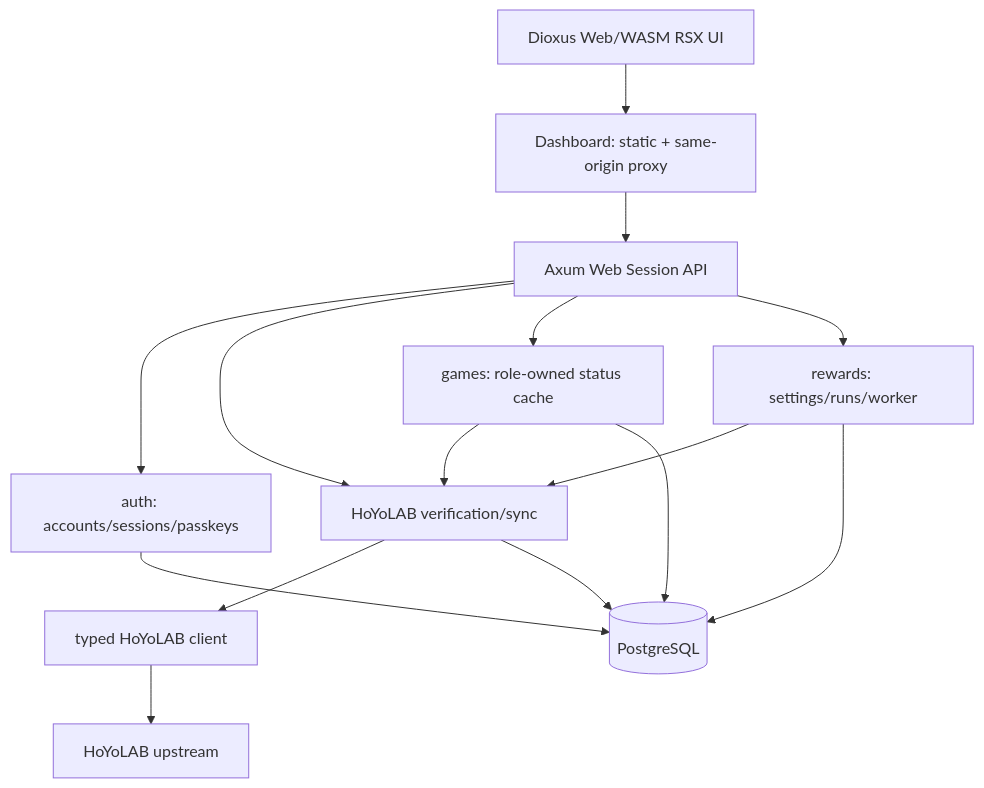
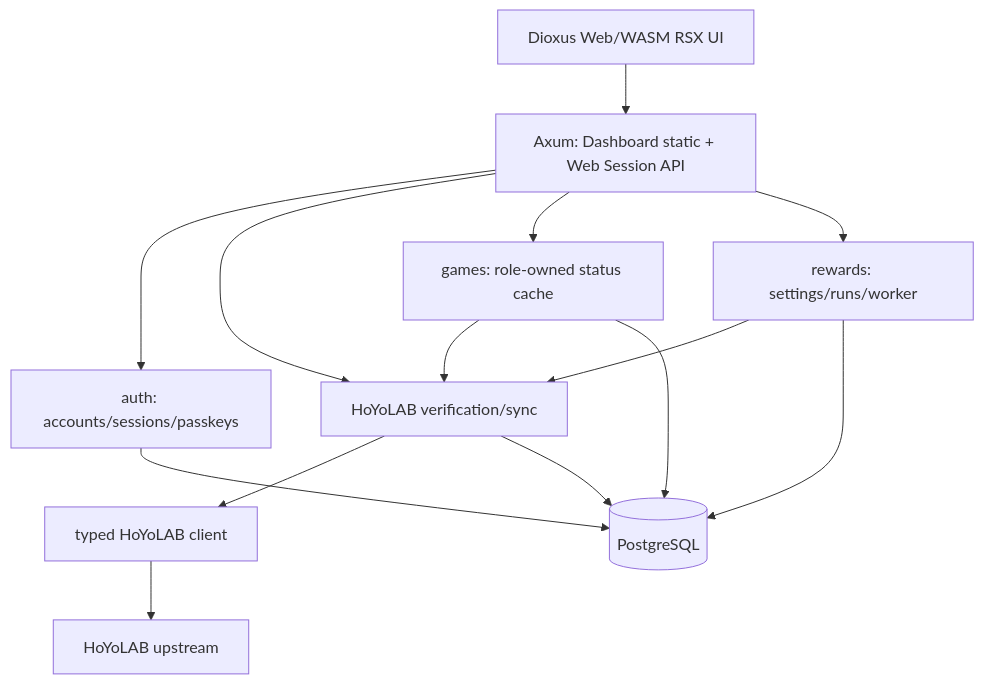
The first of 3 diagrams in docs/design/AttOsGameDashboard.md (AttODao/AttOsHoYoDashboard), drawn with Mermaid before and after one commit. The commit also changed other lines of this file and 20 other files, not shown here.

````diff
--- a/docs/design/AttOsGameDashboard.md
+++ b/docs/design/AttOsGameDashboard.md
@@ -7,17 +7,16 @@
 ```mermaid
 flowchart TB
-    browser["Dioxus Web/WASM RSX UI"] --> dashboard["Dashboard: static + same-origin proxy"]
-    dashboard --> api["Axum Web Session API"]
+    browser["Dioxus Web/WASM RSX UI"] --> api["Axum: Dashboard static + Web Session API"]
     api --> auth["auth: accounts/sessions/passkeys"]
     api --> hl["HoYoLAB verification/sync"]
     api --> games["games: role-owned status cache"]
     api --> rewards["rewards: settings/runs/worker"]
     rewards --> hl
     games --> hl
     hl --> client["typed HoYoLAB client"]
     auth --> db[(PostgreSQL)]
     hl --> db
     games --> db
     rewards --> db
     client --> upstream["HoYoLAB upstream"]
 ```
````
